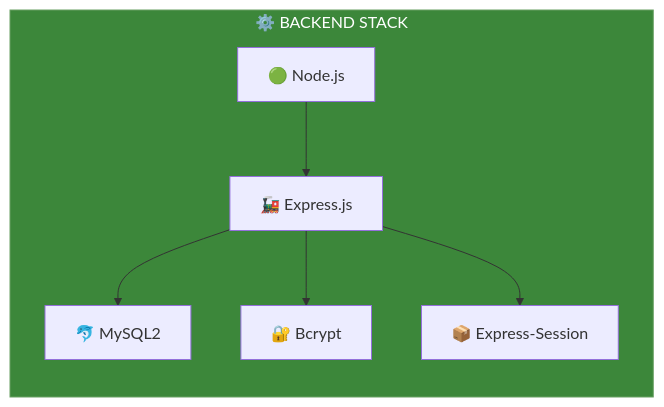
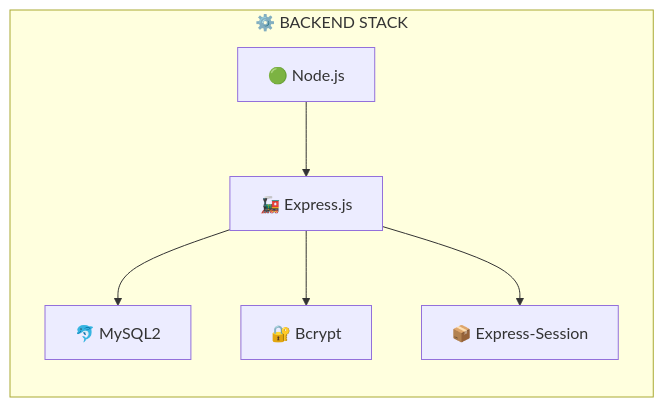
The fourth of 8 diagrams in docs/05-sistema/README.md (decagraff/LCService), drawn with Mermaid before and after one commit. The commit also changed other lines of this file and 7 other files, not shown here.

````diff
--- a/docs/05-sistema/README.md
+++ b/docs/05-sistema/README.md
@@ -114,18 +108,17 @@
 ```mermaid
 graph TB
     subgraph backend["⚙️ BACKEND STACK"]
         direction TB
         N["🟢 Node.js"]
         E["🚂 Express.js"]
         M2["🐬 MySQL2"]
         BC["🔐 Bcrypt"]
         ES["📦 Express-Session"]
     end
 
     N --> E
     E --> M2
     E --> BC
     E --> ES
 
-    style backend fill:#3c873a,stroke:#68a063,color:#fff
 ```
````
